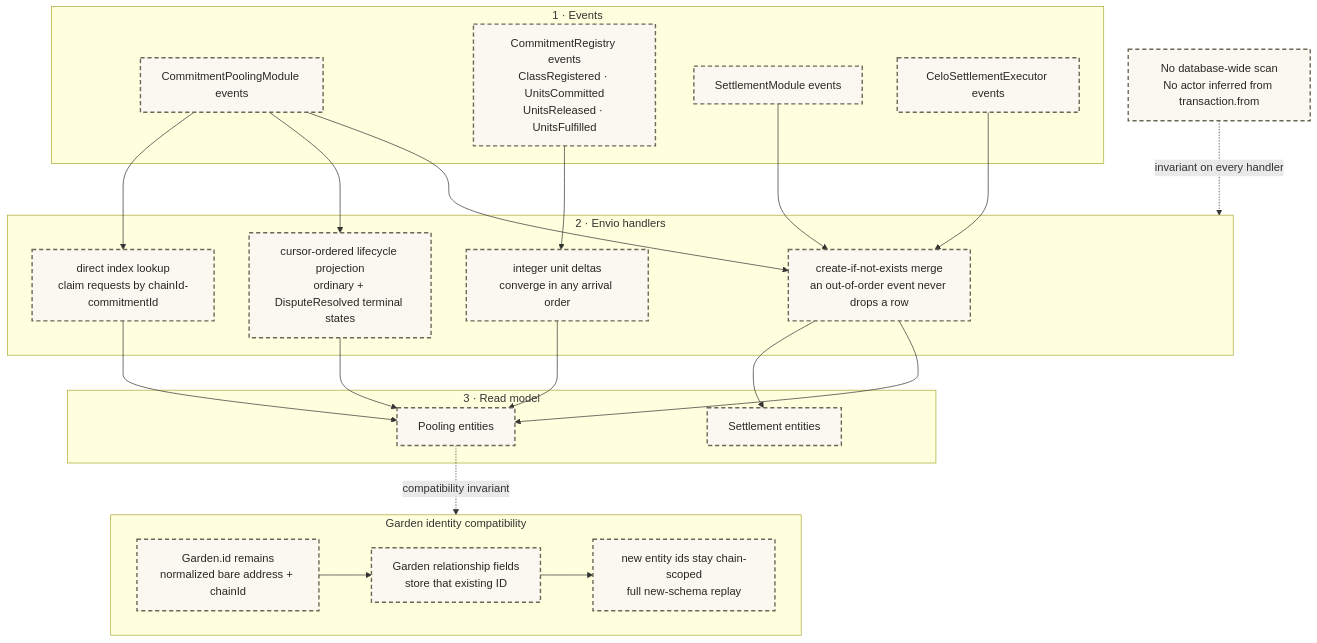
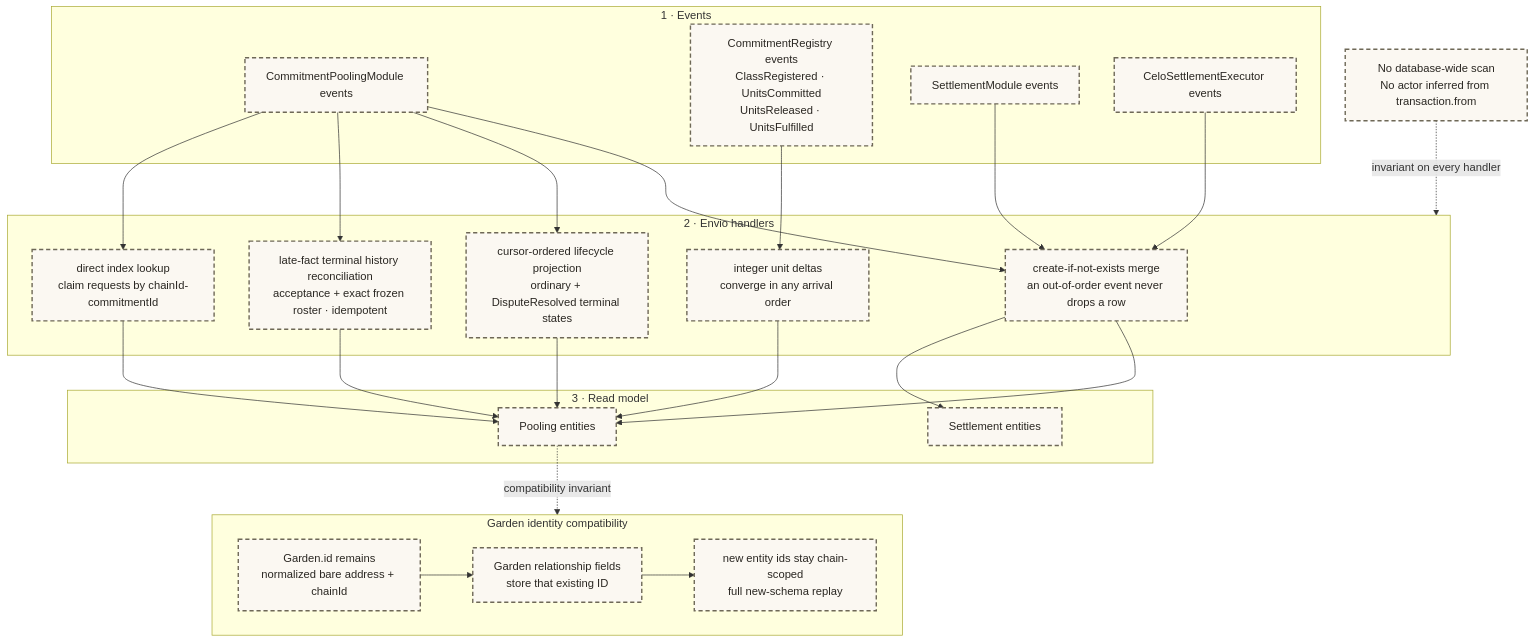
Before and after one commit to greenpill-dev-guild/green-goods: diagram 26 of 40 in .plans/active/commitment-pooling/diagrams.md, drawn with Mermaid. The commit also changed other lines of this file and 7 other files, not shown here.

````diff
--- a/.plans/active/commitment-pooling/diagrams.md
+++ b/.plans/active/commitment-pooling/diagrams.md
@@ -1499,46 +1503,49 @@
 ```mermaid
 flowchart TB
   subgraph SRC["1 · Events"]
     EV1["CommitmentPoolingModule events"]
     EV2["CommitmentRegistry events<br/>ClassRegistered · UnitsCommitted<br/>UnitsReleased · UnitsFulfilled"]
     EV3["SettlementModule events"]
     EV4["CeloSettlementExecutor events"]
   end
 
   subgraph H["2 · Envio handlers"]
     HMERGE["create-if-not-exists merge<br/>an out-of-order event never drops a row"]
     HUNITS["integer unit deltas<br/>converge in any arrival order"]
     HLIFE["cursor-ordered lifecycle projection<br/>ordinary + DisputeResolved terminal states"]
+    HHIST["late-fact terminal history reconciliation<br/>acceptance + exact frozen roster · idempotent"]
     HIDX["direct index lookup<br/>claim requests by chainId-commitmentId"]
   end
 
   subgraph OUT["3 · Read model"]
     E1["Pooling entities"]
     E2["Settlement entities"]
   end
 
   NOSCAN["No database-wide scan<br/>No actor inferred from transaction.from"]
 
   EV1 --> HMERGE
   EV1 --> HLIFE
+  EV1 --> HHIST
   EV2 --> HUNITS
   EV3 --> HMERGE
   EV4 --> HMERGE
   EV1 --> HIDX
   HMERGE --> E1
   HLIFE --> E1
+  HHIST --> E1
   HUNITS --> E1
   HIDX --> E1
   HMERGE --> E2
   NOSCAN -.->|"invariant on every handler"| H
 
   subgraph MIG["Garden identity compatibility"]
     M1["Garden.id remains<br/>normalized bare address + chainId"] --> M2["Garden relationship fields<br/>store that existing ID"]
     M2 --> M3["new entity ids stay chain-scoped<br/>full new-schema replay"]
   end
   E1 -.->|"compatibility invariant"| MIG
 
   classDef built fill:#edf3e8,stroke:#50784a,stroke-width:2px,color:#2a2722
   classDef planned fill:#fbf8f2,stroke:#6e6857,stroke-width:2px,stroke-dasharray:6 4,color:#2a2722
-  class EV1,EV2,EV3,EV4,HMERGE,HUNITS,HLIFE,HIDX,E1,E2,M1,M2,M3,NOSCAN planned
+  class EV1,EV2,EV3,EV4,HMERGE,HUNITS,HLIFE,HHIST,HIDX,E1,E2,M1,M2,M3,NOSCAN planned
 ```
````
